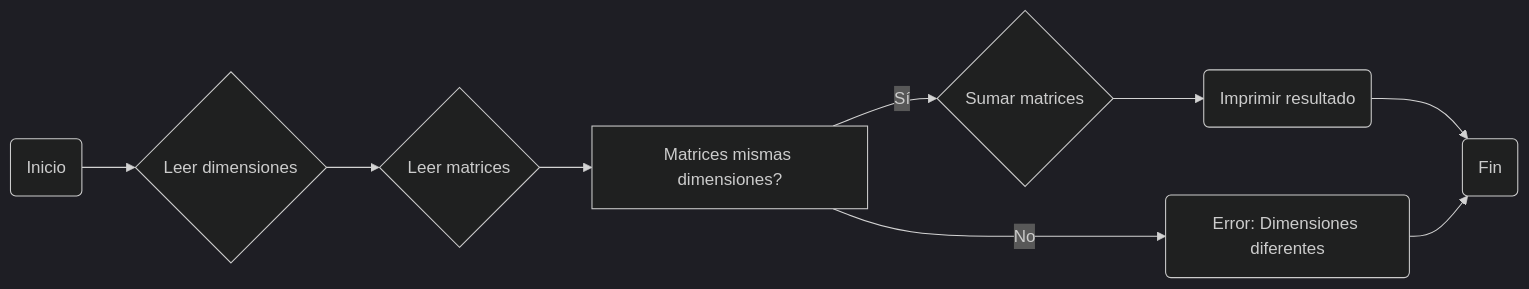
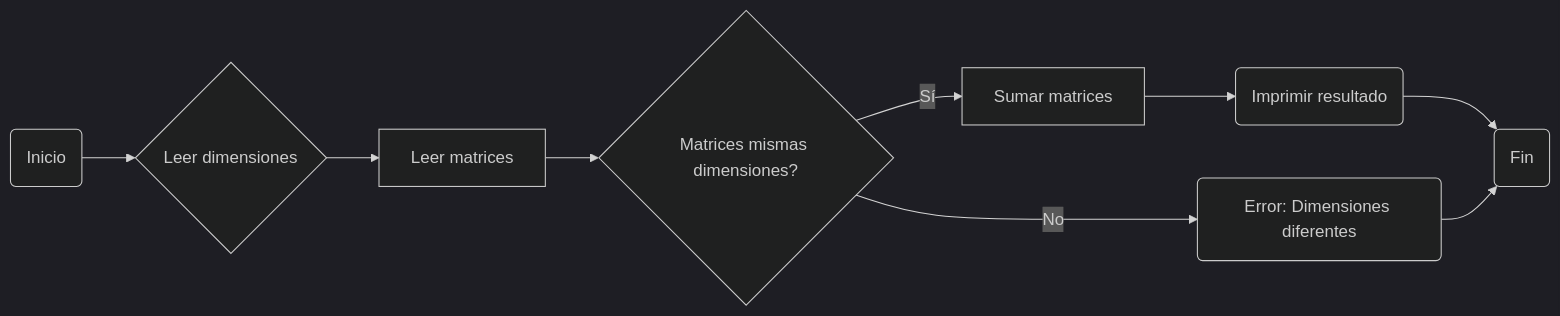
The diagram in README.md (alejandrorojassg/11th_repo), drawn with Mermaid (dark theme) before and after one commit.

````diff
--- a/README.md
+++ b/README.md
@@ -9,11 +9,11 @@
 ```mermaid
 flowchart LR
     A(Inicio) --> B{Leer dimensiones}
-    B --> C{Leer matrices}
-    C --> D[Matrices mismas dimensiones?]
-    D -- Sí --> E{Sumar matrices}
+    B --> C[Leer matrices]
+    C --> D{Matrices mismas dimensiones?}
+    D -- Sí --> E[Sumar matrices]
     D -- No --> F(Error: Dimensiones diferentes)
     E --> G(Imprimir resultado)
     G --> H(Fin)
     F --> H
 ```
````
